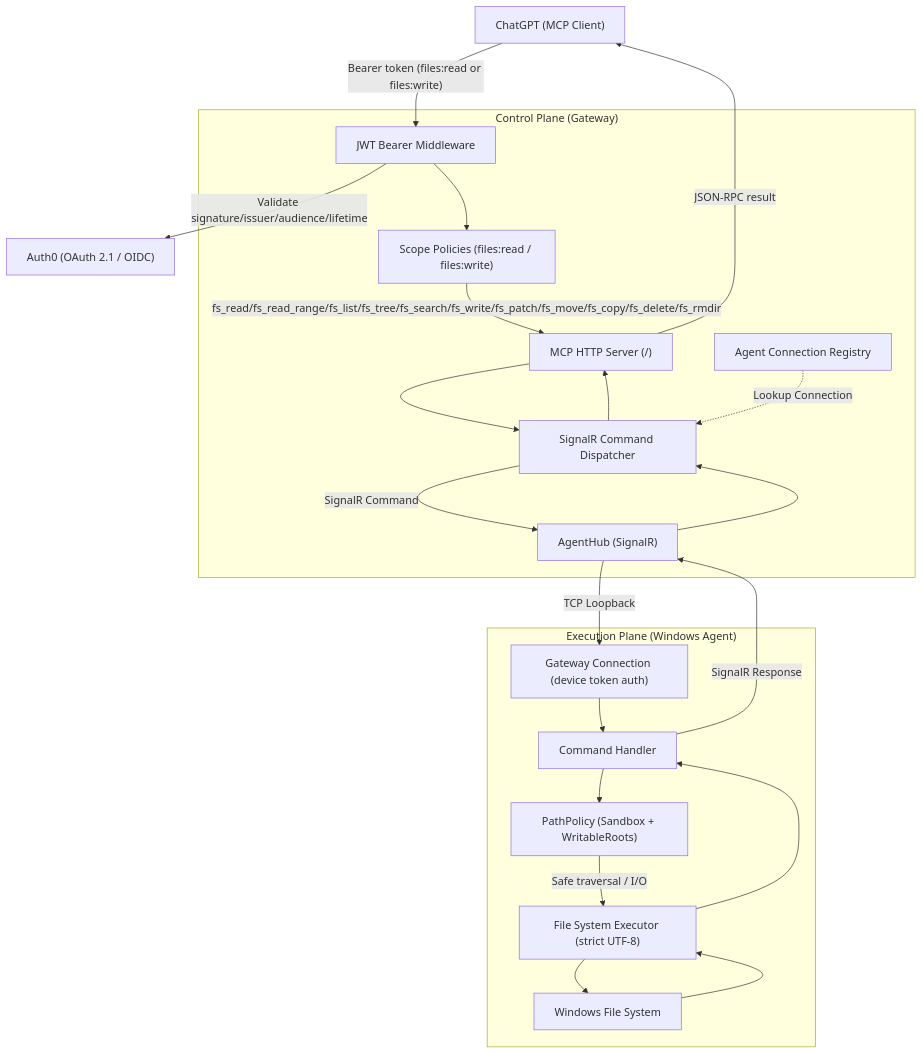
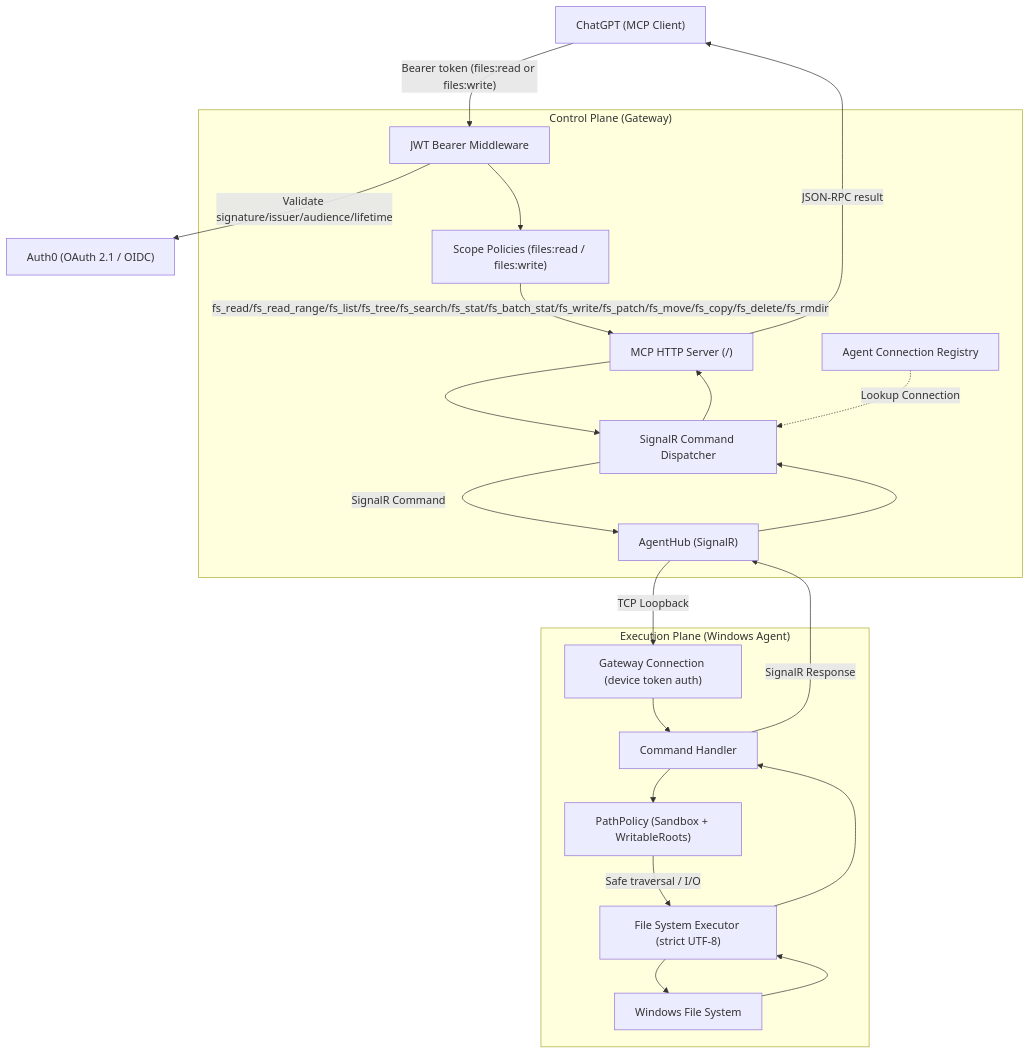
One commit to thanhdiner/Agent-Bridge changed the diagram in README.md. Above: the diagram before and after it, drawn with Mermaid. The commit also changed other lines of this file and 11 other files, not shown here.

````diff
--- a/README.md
+++ b/README.md
@@ -9,41 +9,41 @@
 ```mermaid
 graph TD
     Client["ChatGPT (MCP Client)"]
     Auth0["Auth0 (OAuth 2.1 / OIDC)"]
 
     subgraph ControlPlane["Control Plane (Gateway)"]
         McpServer["MCP HTTP Server (/)"]
         Registry["Agent Connection Registry"]
         Dispatcher["SignalR Command Dispatcher"]
         Hub["AgentHub (SignalR)"]
         JwtMiddleware["JWT Bearer Middleware"]
         ScopePolicies["Scope Policies (files:read / files:write)"]
     end
 
     subgraph ExecutionPlane["Execution Plane (Windows Agent)"]
         Conn["Gateway Connection (device token auth)"]
         Handler["Command Handler"]
         Sandbox["PathPolicy (Sandbox + WritableRoots)"]
         Executor["File System Executor (strict UTF-8)"]
         Disk["Windows File System"]
     end
 
     Client -->|"Bearer token (files:read or files:write)"| JwtMiddleware
     JwtMiddleware -->|Validate signature/issuer/audience/lifetime| Auth0
     JwtMiddleware --> ScopePolicies
-    ScopePolicies -->|fs_read/fs_read_range/fs_list/fs_tree/fs_search/fs_write/fs_patch/fs_move/fs_copy/fs_delete/fs_rmdir| McpServer
+    ScopePolicies -->|fs_read/fs_read_range/fs_list/fs_tree/fs_search/fs_stat/fs_batch_stat/fs_write/fs_patch/fs_move/fs_copy/fs_delete/fs_rmdir| McpServer
     McpServer --> Dispatcher
     Registry -.->|Lookup Connection| Dispatcher
     Dispatcher -->|SignalR Command| Hub
     Hub -->|TCP Loopback| Conn
     Conn --> Handler
     Handler --> Sandbox
     Sandbox -->|Safe traversal / I/O| Executor
     Executor --> Disk
     Disk --> Executor
     Executor --> Handler
     Handler -->|SignalR Response| Hub
     Hub --> Dispatcher
     Dispatcher --> McpServer
     McpServer -->|JSON-RPC result| Client
 ```
````
